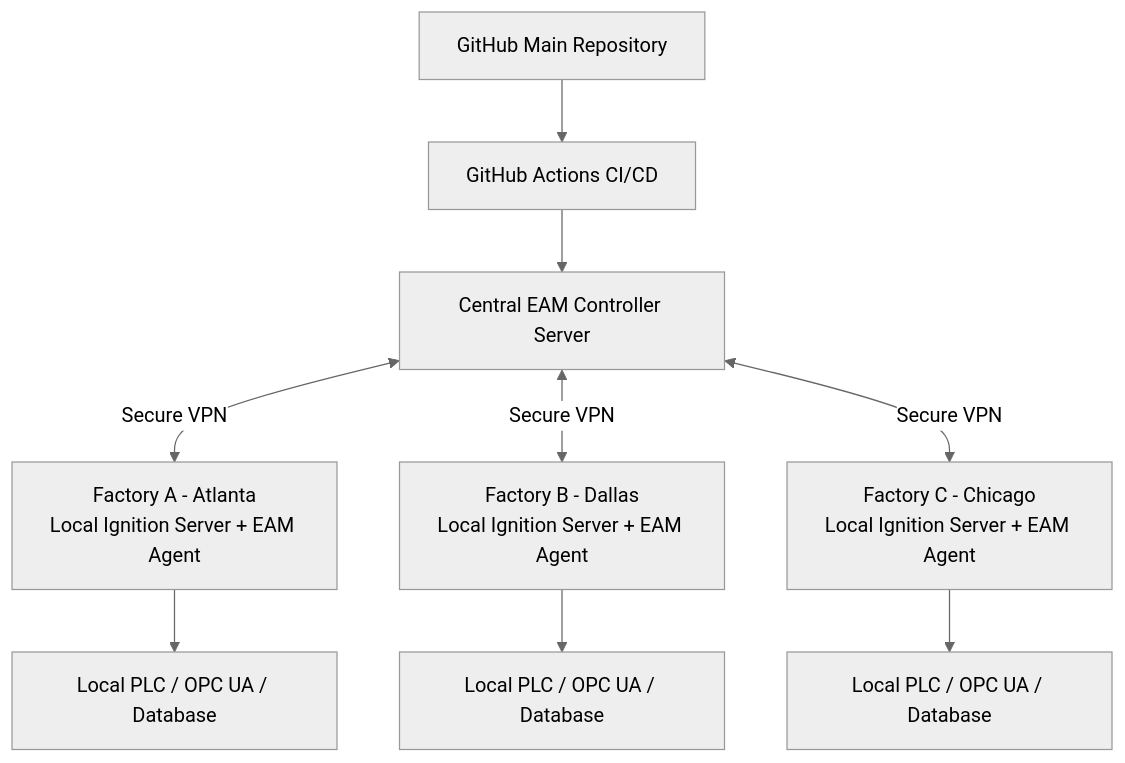
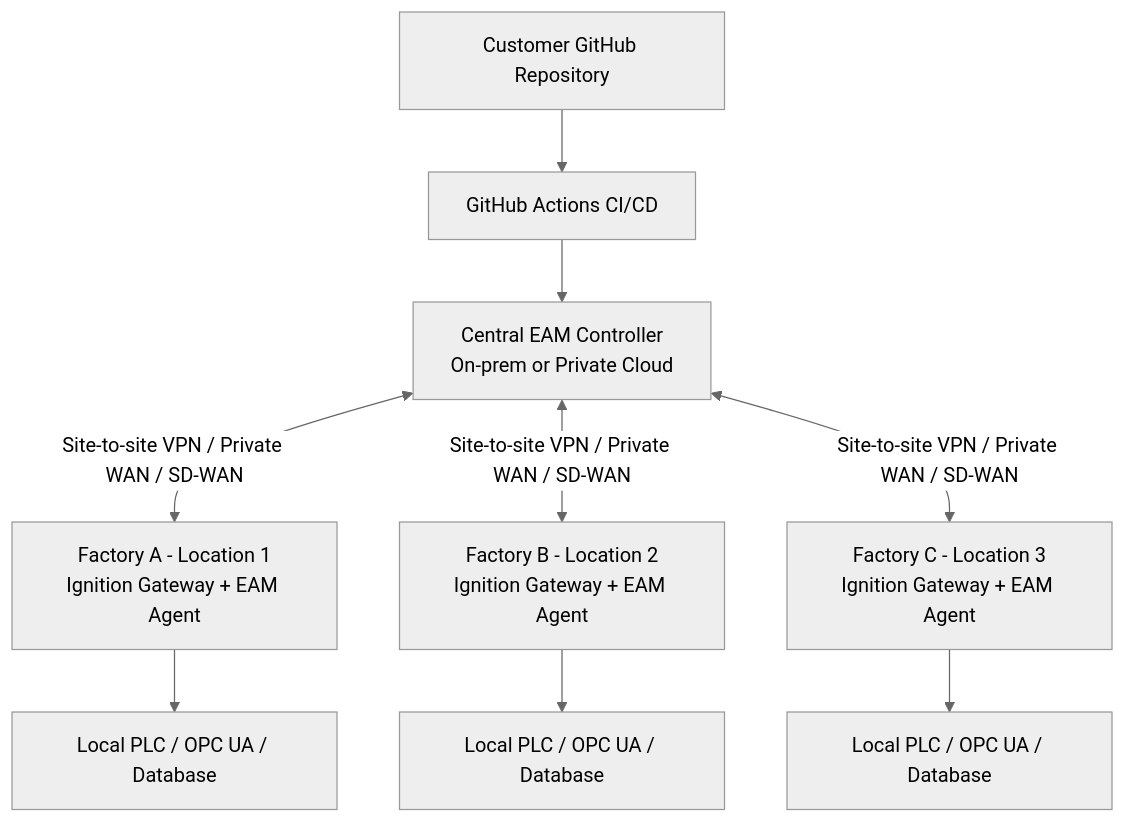
The third of 4 diagrams in README.md (tomha85/ignition-cicd), drawn with Mermaid (neutral theme) before and after one commit. The commit also changed other lines of this file, not shown here.

Commit message:
docs: show same-site workshops and cross-site factories as two Mermaid architecture scenarios

````diff
--- a/README.md
+++ b/README.md
@@ -25,13 +55,13 @@
 ```mermaid
 flowchart TB
-    GH["GitHub Main Repository"] --> CI["GitHub Actions CI/CD"]
-    CI --> EAM["Central EAM Controller Server"]
+    G["Customer GitHub Repository"] --> CI["GitHub Actions CI/CD"]
+    CI --> EAM["Central EAM Controller<br/>On-prem or Private Cloud"]
 
-    EAM <-->|"Secure VPN"| FA["Factory A - Atlanta<br/>Local Ignition Server + EAM Agent"]
-    EAM <-->|"Secure VPN"| FB["Factory B - Dallas<br/>Local Ignition Server + EAM Agent"]
-    EAM <-->|"Secure VPN"| FC["Factory C - Chicago<br/>Local Ignition Server + EAM Agent"]
+    EAM <-->|"Site-to-site VPN / Private WAN / SD-WAN"| F1["Factory A - Location 1<br/>Ignition Gateway + EAM Agent"]
+    EAM <-->|"Site-to-site VPN / Private WAN / SD-WAN"| F2["Factory B - Location 2<br/>Ignition Gateway + EAM Agent"]
+    EAM <-->|"Site-to-site VPN / Private WAN / SD-WAN"| F3["Factory C - Location 3<br/>Ignition Gateway + EAM Agent"]
 
-    FA --> PA["Local PLC / OPC UA / Database"]
-    FB --> PB["Local PLC / OPC UA / Database"]
-    FC --> PC["Local PLC / OPC UA / Database"]
+    F1 --> P1["Local PLC / OPC UA / Database"]
+    F2 --> P2["Local PLC / OPC UA / Database"]
+    F3 --> P3["Local PLC / OPC UA / Database"]
 ```
````
